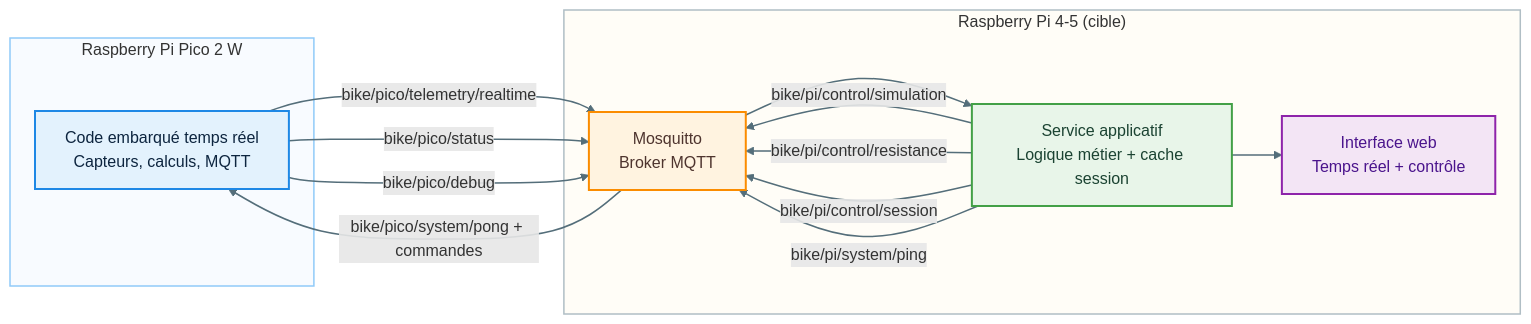
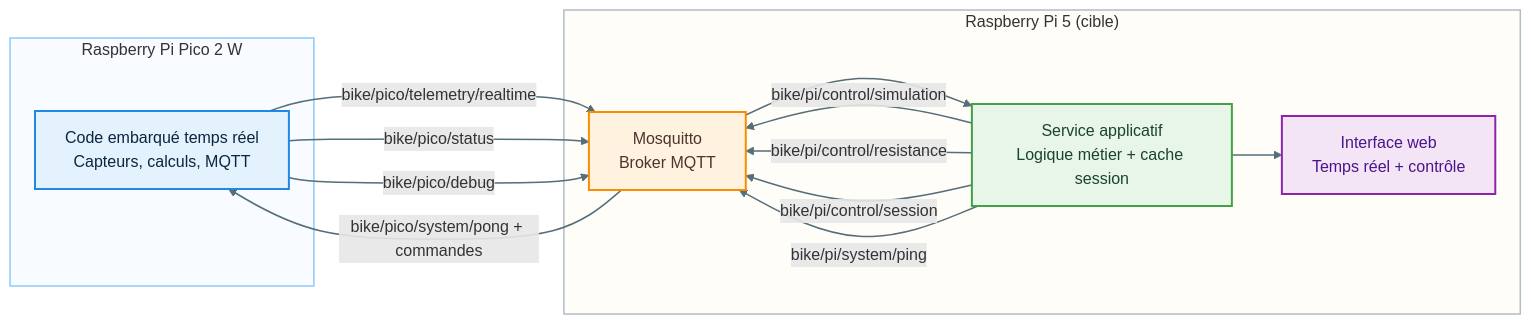
Before and after one commit to DelimeThibault/TFE: the diagram in docs/architecture/mermaid-mqtt-flow.md, drawn with Mermaid. The commit also changed 22 other files, not shown here.

````diff
--- a/docs/architecture/mermaid-mqtt-flow.md
+++ b/docs/architecture/mermaid-mqtt-flow.md
@@ -1,41 +1,41 @@
 ```mermaid
 flowchart LR
 
     subgraph PICO["Raspberry Pi Pico 2 W"]
         A["Code embarqué temps réel<br/>Capteurs, calculs, MQTT"]
     end
 
-    subgraph PI["Raspberry Pi 4-5 (cible)"]
+    subgraph PI["Raspberry Pi 5 (cible)"]
         B["Mosquitto<br/>Broker MQTT"]
         C["Service applicatif<br/>Logique métier + cache session"]
         D["Interface web<br/>Temps réel + contrôle"]
     end
 
     A -->|"bike/pico/telemetry/realtime"| B
     A -->|"bike/pico/status"| B
     A -->|"bike/pico/debug"| B
 
     B --> C
     C --> D
 
     C -->|"bike/pi/control/simulation"| B
     C -->|"bike/pi/control/resistance"| B
     C -->|"bike/pi/control/session"| B
     C -->|"bike/pi/system/ping"| B
     B -->|"bike/pico/system/pong + commandes"| A
 
     classDef device fill:#E3F2FD,stroke:#1E88E5,stroke-width:2px,color:#0D253F
     classDef broker fill:#FFF3E0,stroke:#FB8C00,stroke-width:2px,color:#4E342E
     classDef backend fill:#E8F5E9,stroke:#43A047,stroke-width:2px,color:#1B4332
     classDef frontend fill:#F3E5F5,stroke:#8E24AA,stroke-width:2px,color:#4A148C
 
     class A device
     class B broker
     class C backend
     class D frontend
 
     style PICO fill:#F8FBFF,stroke:#90CAF9,stroke-width:1.5px
     style PI fill:#FFFDF7,stroke:#B0BEC5,stroke-width:1.5px
 
     linkStyle default stroke:#546E7A,stroke-width:1.5px
 ```
````
